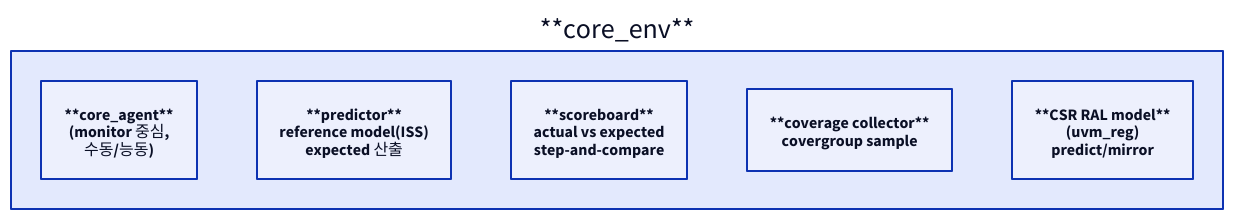
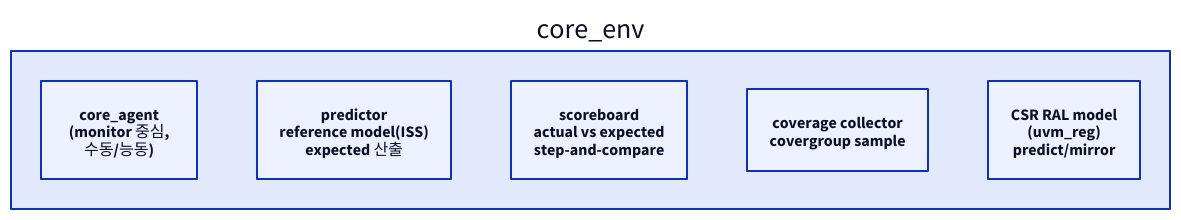
The third of 7 diagrams in starlight_site/src/content/docs/cpu_dv/04_uvm_core_env.md (humbleowl39/DV_SKOOL), drawn with D2 before and after one commit. The commit also changed other lines of this file and 714 other files, not shown here.

First line of the commit message:
fix(site): d2 다이어그램 가독성 결함 6종 일괄 수정

````diff
--- a/starlight_site/src/content/docs/cpu_dv/04_uvm_core_env.md
+++ b/starlight_site/src/content/docs/cpu_dv/04_uvm_core_env.md
@@ -198,11 +198,11 @@
 ```d2
 direction: down
 
-ENV: "**core_env**" {
-  AGT: "**core_agent**\n(monitor 중심,\n수동/능동)"
-  PRED: "**predictor**\nreference model(ISS)\nexpected 산출"
-  SB: "**scoreboard**\nactual vs expected\nstep-and-compare"
-  COV: "**coverage collector**\ncovergroup sample"
-  RAL: "**CSR RAL model**\n(uvm_reg)\npredict/mirror"
+ENV: "core_env" {
+  AGT: "core_agent\n(monitor 중심,\n수동/능동)"
+  PRED: "predictor\nreference model(ISS)\nexpected 산출"
+  SB: "scoreboard\nactual vs expected\nstep-and-compare"
+  COV: "coverage collector\ncovergroup sample"
+  RAL: "CSR RAL model\n(uvm_reg)\npredict/mirror"
 }
 ```
````
